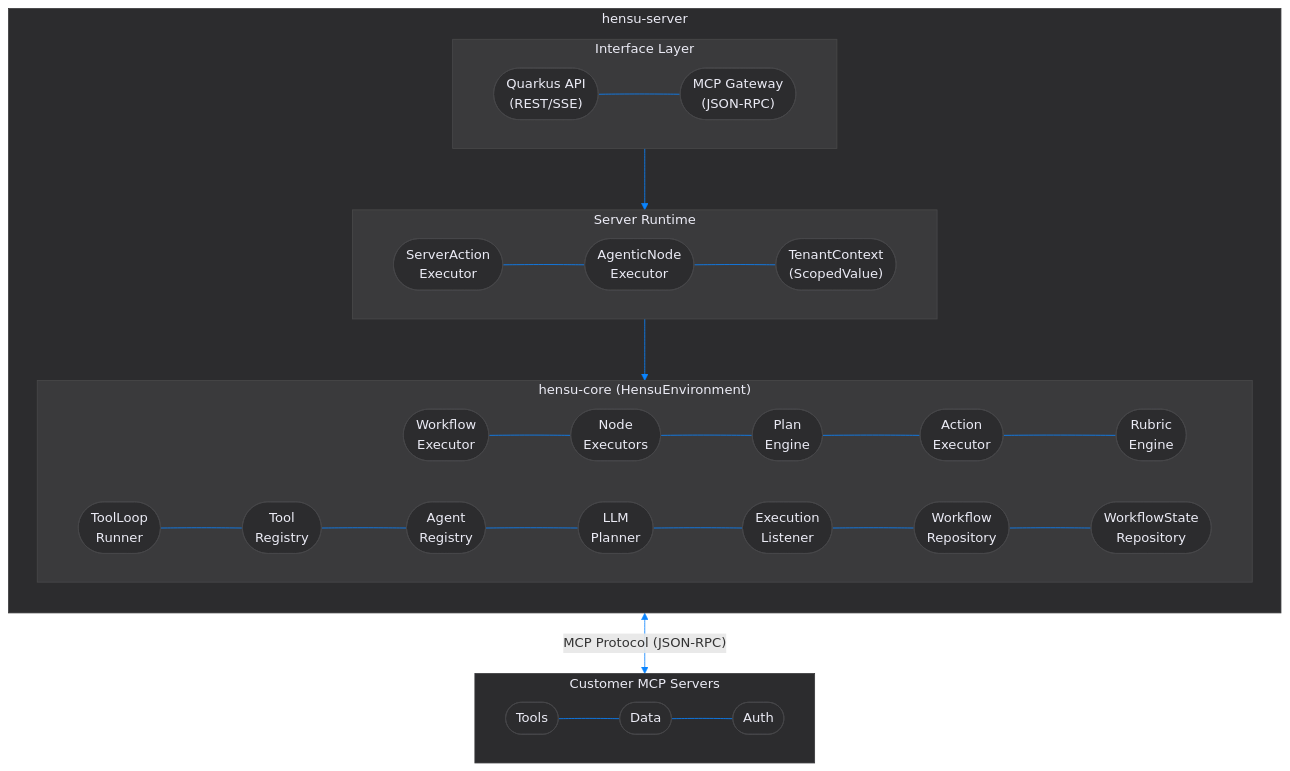
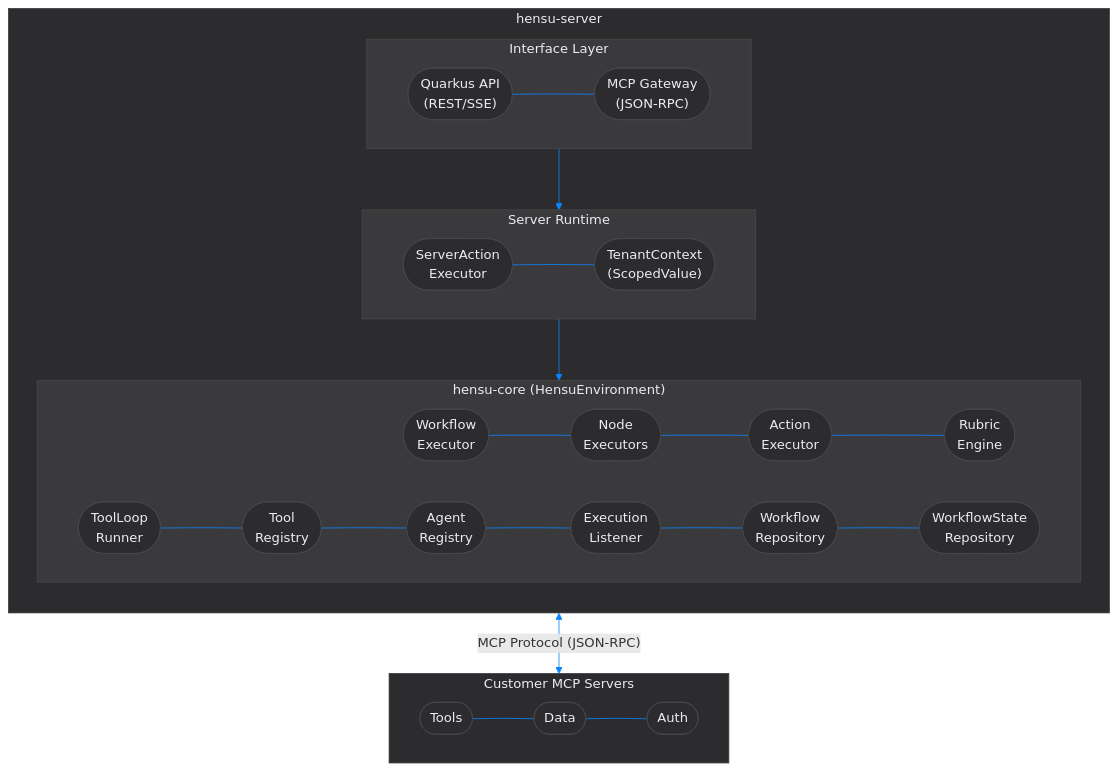
Before and after one commit to hensu-project/hensu: the fourth of 7 diagrams in docs/unified-architecture.md, drawn with Mermaid. The commit also changed other lines of this file and 122 other files, not shown here.

````diff
--- a/docs/unified-architecture.md
+++ b/docs/unified-architecture.md
@@ -294,58 +292,55 @@
 ```mermaid
 flowchart TD
     subgraph server["hensu-server"]
         direction TB
         subgraph iface["Interface Layer"]
             direction LR
             qapi(["Quarkus API\n(REST/SSE)"]) ~~~ mcpgw(["MCP Gateway\n(JSON-RPC)"])
         end
 
         subgraph runtime["Server Runtime"]
             direction LR
-            sae(["ServerAction\nExecutor"]) ~~~ ane(["AgenticNode\nExecutor"]) ~~~ tc(["TenantContext\n(ScopedValue)"])
+            sae(["ServerAction\nExecutor"]) ~~~ tc(["TenantContext\n(ScopedValue)"])
         end
 
         subgraph core["hensu-core (HensuEnvironment)"]
             direction LR
-            we(["Workflow\nExecutor"]) ~~~ ne(["Node\nExecutors"]) ~~~ pe(["Plan\nEngine"]) ~~~ ae(["Action\nExecutor"]) ~~~ re(["Rubric\nEngine"])
-            tlr(["ToolLoop\nRunner"]) ~~~ tr(["Tool\nRegistry"]) ~~~ ar(["Agent\nRegistry"]) ~~~ lp(["LLM\nPlanner"]) ~~~ el(["Execution\nListener"]) ~~~ wr(["Workflow\nRepository"]) ~~~ wsr(["WorkflowState\nRepository"])
+            we(["Workflow\nExecutor"]) ~~~ ne(["Node\nExecutors"]) ~~~ ae(["Action\nExecutor"]) ~~~ re(["Rubric\nEngine"])
+            tlr(["ToolLoop\nRunner"]) ~~~ tr(["Tool\nRegistry"]) ~~~ ar(["Agent\nRegistry"]) ~~~ el(["Execution\nListener"]) ~~~ wr(["Workflow\nRepository"]) ~~~ wsr(["WorkflowState\nRepository"])
         end
     end
 
     subgraph ext["Customer MCP Servers"]
         direction LR
         tools(["Tools"]) ~~~ data(["Data"]) ~~~ auth(["Auth"])
     end
 
     iface --> runtime --> core
     core <-->|"MCP Protocol (JSON-RPC)"| ext
 
     style server fill:#2c2c2e, stroke:#3a3a3c, color:#ebebf5, stroke-width:1px
     style iface fill:#3a3a3c, stroke:#48484a, color:#ebebf5, stroke-width:1px
     style runtime fill:#3a3a3c, stroke:#48484a, color:#ebebf5, stroke-width:1px
     style core fill:#3a3a3c, stroke:#48484a, color:#ebebf5, stroke-width:1px
     style ext fill:#2c2c2e, stroke:#3a3a3c, color:#ebebf5, stroke-width:1px
 
     style qapi fill:#2c2c2e, stroke:#48484a, color:#ebebf5, stroke-width:1px
     style mcpgw fill:#2c2c2e, stroke:#48484a, color:#ebebf5, stroke-width:1px
     style sae fill:#2c2c2e, stroke:#48484a, color:#ebebf5, stroke-width:1px
-    style ane fill:#2c2c2e, stroke:#48484a, color:#ebebf5, stroke-width:1px
     style tc fill:#2c2c2e, stroke:#48484a, color:#ebebf5, stroke-width:1px
     style we fill:#2c2c2e, stroke:#48484a, color:#ebebf5, stroke-width:1px
     style ne fill:#2c2c2e, stroke:#48484a, color:#ebebf5, stroke-width:1px
-    style pe fill:#2c2c2e, stroke:#48484a, color:#ebebf5, stroke-width:1px
     style ae fill:#2c2c2e, stroke:#48484a, color:#ebebf5, stroke-width:1px
     style re fill:#2c2c2e, stroke:#48484a, color:#ebebf5, stroke-width:1px
     style tlr fill:#2c2c2e, stroke:#48484a, color:#ebebf5, stroke-width:1px
     style tr fill:#2c2c2e, stroke:#48484a, color:#ebebf5, stroke-width:1px
     style ar fill:#2c2c2e, stroke:#48484a, color:#ebebf5, stroke-width:1px
-    style lp fill:#2c2c2e, stroke:#48484a, color:#ebebf5, stroke-width:1px
     style el fill:#2c2c2e, stroke:#48484a, color:#ebebf5, stroke-width:1px
     style wr fill:#2c2c2e, stroke:#48484a, color:#ebebf5, stroke-width:1px
     style wsr fill:#2c2c2e, stroke:#48484a, color:#ebebf5, stroke-width:1px
     style tools fill:#2c2c2e, stroke:#48484a, color:#ebebf5, stroke-width:1px
     style data fill:#2c2c2e, stroke:#48484a, color:#ebebf5, stroke-width:1px
     style auth fill:#2c2c2e, stroke:#48484a, color:#ebebf5, stroke-width:1px
 
     linkStyle default stroke:#0A84FF, stroke-width:1px
 ```
````
